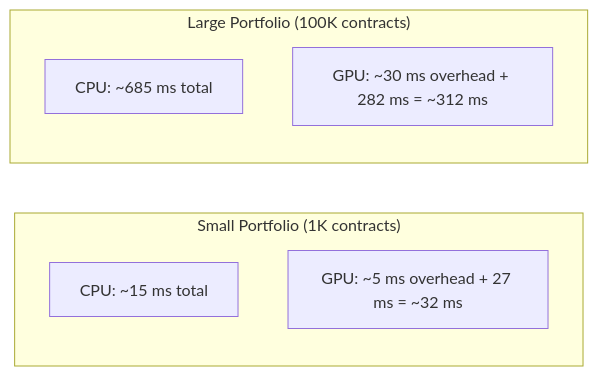
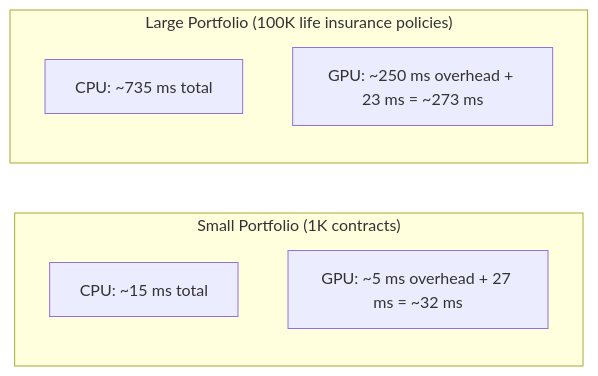
One commit to FransVanEk/Actus-Insurance.Documentation changed the second of 2 diagrams in docs/background-gpu/gpu-vs-cpu.md. Above: the diagram before and after it, drawn with Mermaid. The commit also changed 9 other files, not shown here.

````diff
--- a/docs/background-gpu/gpu-vs-cpu.md
+++ b/docs/background-gpu/gpu-vs-cpu.md
@@ -79,12 +79,12 @@
 ```mermaid
 graph LR
     subgraph "Small Portfolio (1K contracts)"
         S1["CPU: ~15 ms total"]
         S2["GPU: ~5 ms overhead + 27 ms = ~32 ms"]
     end
 
-    subgraph "Large Portfolio (100K contracts)"
-        L1["CPU: ~685 ms total"]
-        L2["GPU: ~30 ms overhead + 282 ms = ~312 ms"]
+    subgraph "Large Portfolio (100K life insurance policies)"
+        L1["CPU: ~735 ms total"]
+        L2["GPU: ~250 ms overhead + 23 ms = ~273 ms"]
     end
 ```
````
